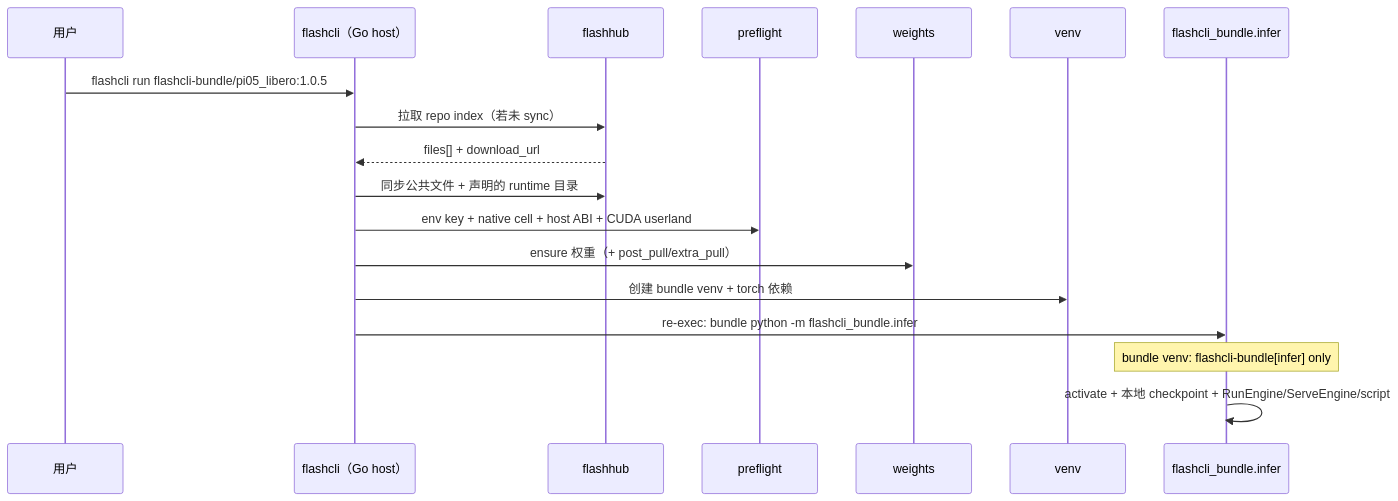
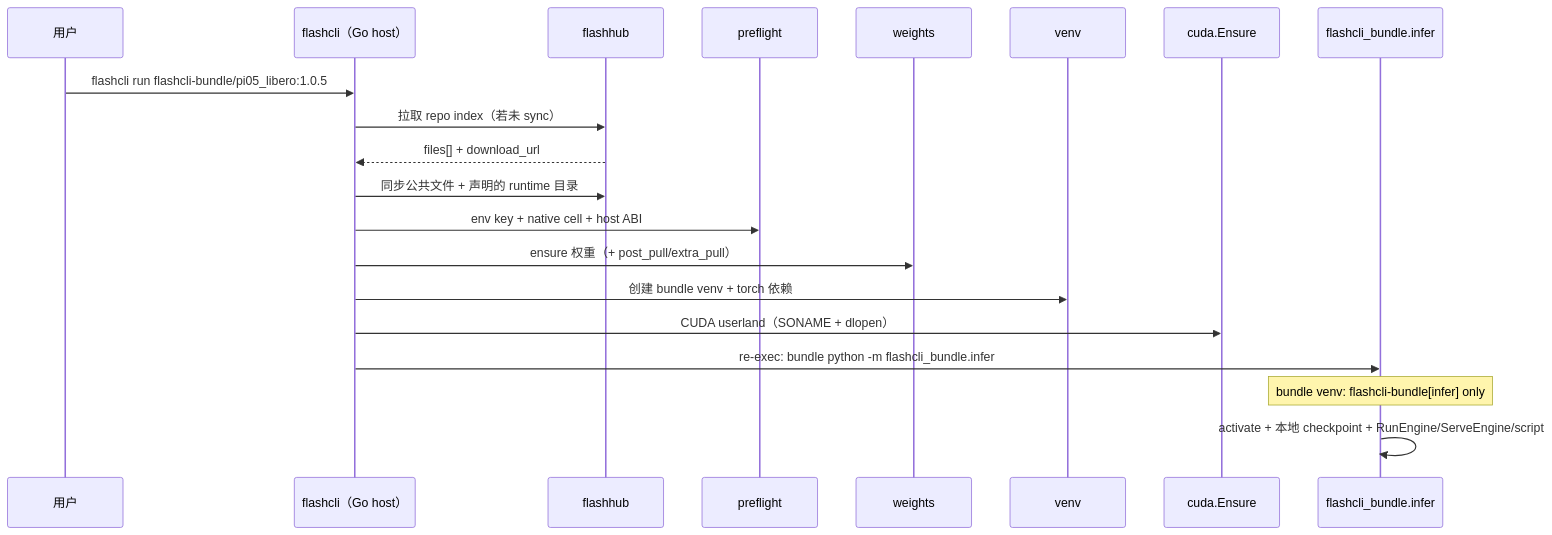
The third of 3 diagrams in docs/architecture.zh-CN.md (aodianyun/flashcli), drawn with Mermaid before and after one commit. The commit also changed other lines of this file and 54 other files, not shown here.

First line of the commit message:
docs(architecture): redraw detail flows from the code paths

````diff
--- a/docs/architecture.zh-CN.md
+++ b/docs/architecture.zh-CN.md
@@ -182,21 +183,23 @@
 ```mermaid
 sequenceDiagram
   participant U as 用户
   participant CLI as flashcli（Go host）
   participant FH as flashhub
   participant Pre as preflight
   participant W as weights
   participant Venv as venv
+  participant CUDA as cuda.Ensure
   participant Infer as flashcli_bundle.infer
 
   U->>CLI: flashcli run flashcli-bundle/pi05_libero:1.0.5
   CLI->>FH: 拉取 repo index（若未 sync）
   FH-->>CLI: files[] + download_url
   CLI->>FH: 同步公共文件 + 声明的 runtime 目录
-  CLI->>Pre: env key + native cell + host ABI + CUDA userland
+  CLI->>Pre: env key + native cell + host ABI
   CLI->>W: ensure 权重（+ post_pull/extra_pull）
   CLI->>Venv: 创建 bundle venv + torch 依赖
+  CLI->>CUDA: CUDA userland（SONAME + dlopen）
   CLI->>Infer: re-exec: bundle python -m flashcli_bundle.infer
   Note over Infer: bundle venv: flashcli-bundle[infer] only
   Infer->>Infer: activate + 本地 checkpoint + RunEngine/ServeEngine/script
 ```
````
